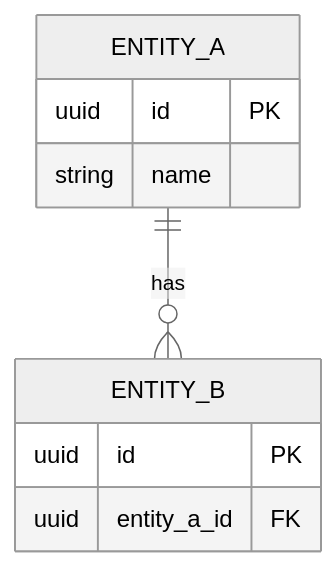
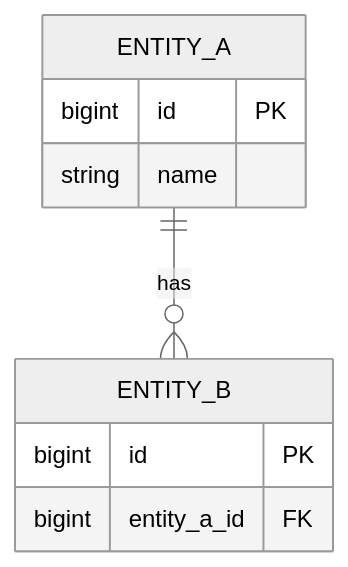
One commit to Student-in-job/agentic_tech_writer changed the diagram in templates/architecture/data-model-template.md. Above: the diagram before and after it, drawn with Mermaid (neutral theme). The commit also changed other lines of this file and 7 other files, not shown here.

````diff
--- a/templates/architecture/data-model-template.md
+++ b/templates/architecture/data-model-template.md
@@ -32,12 +55,12 @@
 ```mermaid
 erDiagram
     ENTITY_A ||--o{ ENTITY_B : has
     ENTITY_A {
-        uuid id PK
+        bigint id PK
         string name
     }
     ENTITY_B {
-        uuid id PK
-        uuid entity_a_id FK
+        bigint id PK
+        bigint entity_a_id FK
     }
 ```
````
